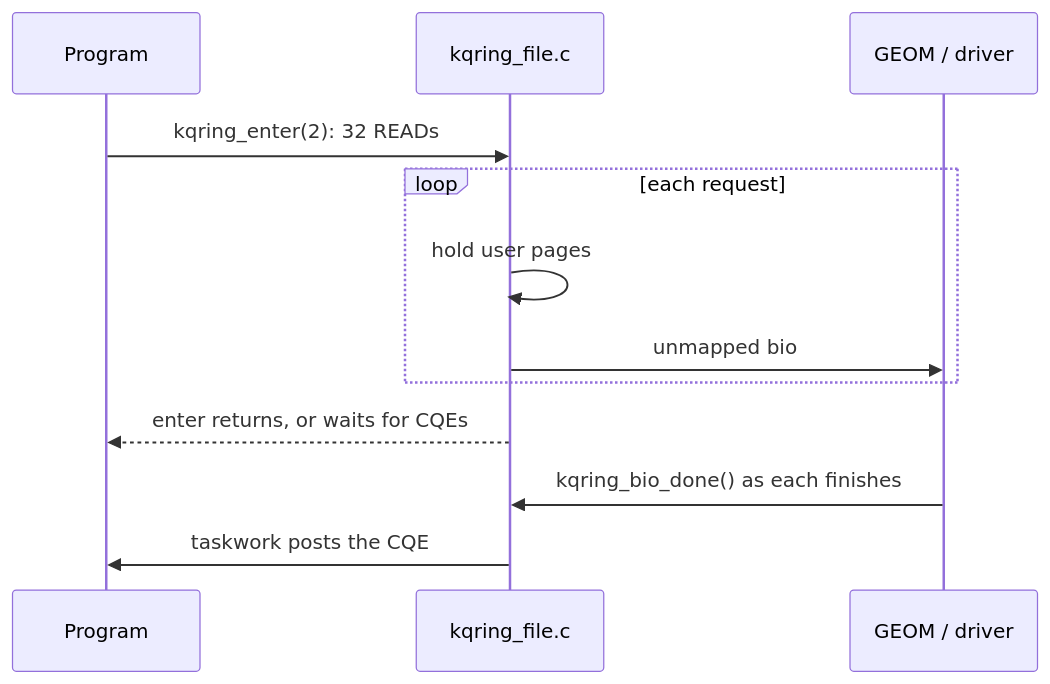
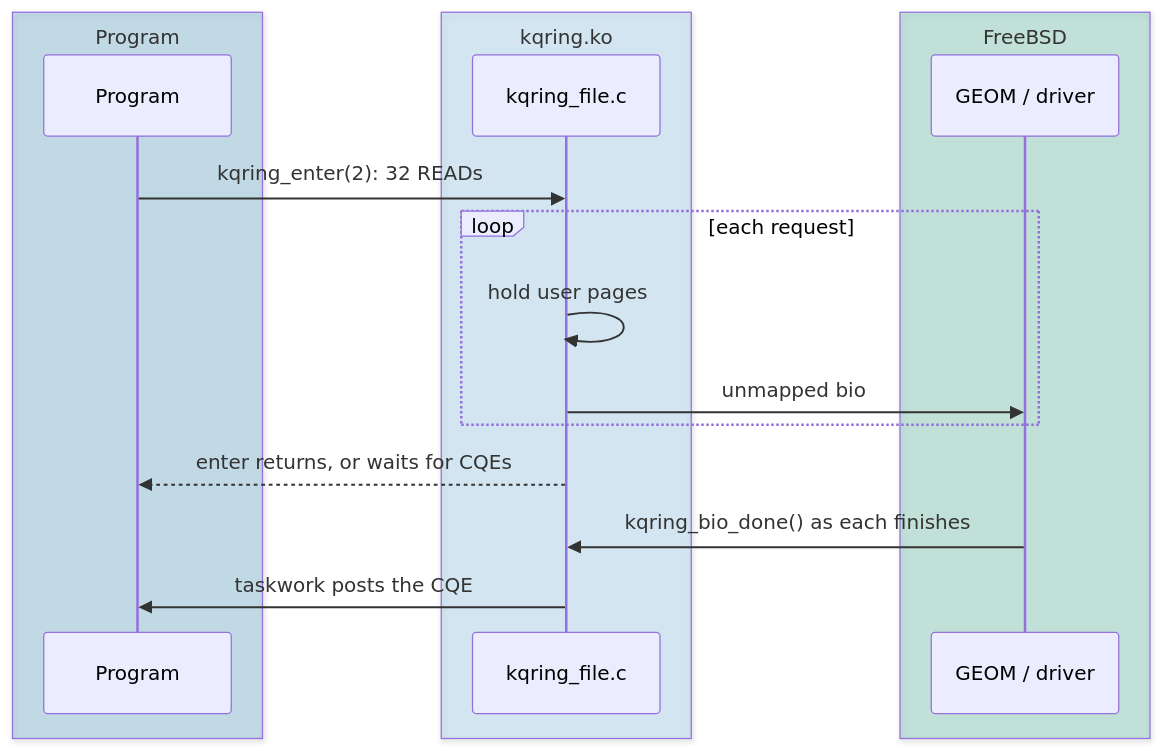
The tenth of 15 diagrams in ARCHITECTURE.MD (grepjava/kqring), drawn with Mermaid before and after one commit. The commit also changed other lines of this file and 1 other file, not shown here.

First line of the commit message:
Docs: color the diagrams by role

````diff
--- a/ARCHITECTURE.MD
+++ b/ARCHITECTURE.MD
@@ -461,14 +539,20 @@
 ```mermaid
 sequenceDiagram
-    participant App as Program
-    participant File as kqring_file.c
-    participant Geom as GEOM / driver
+    box rgba(0,114,178,0.2) Program
+        participant App as Program
+    end
+    box rgba(86,180,233,0.2) kqring.ko
+        participant File as kqring_file.c
+    end
+    box rgba(0,158,115,0.2) FreeBSD
+        participant Geom as GEOM / driver
+    end
     App->>File: kqring_enter(2): 32 READs
     loop each request
         File->>File: hold user pages
         File->>Geom: unmapped bio
     end
     File-->>App: enter returns, or waits for CQEs
     Geom->>File: kqring_bio_done() as each finishes
     File->>App: taskwork posts the CQE
 ```
````
